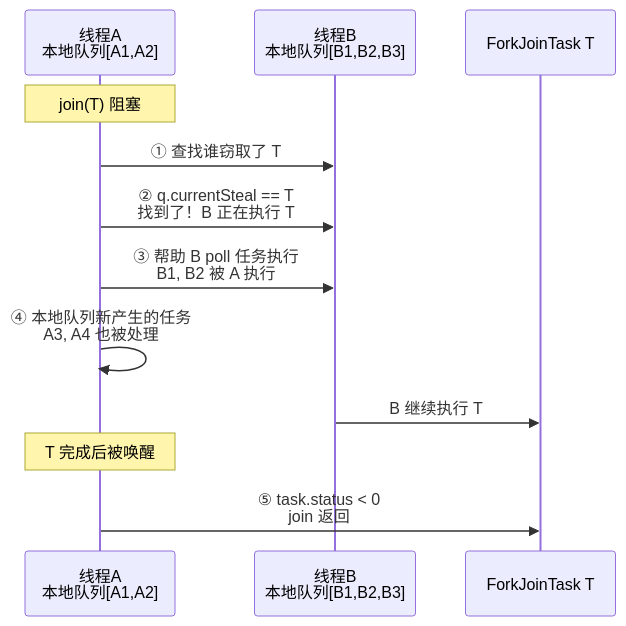
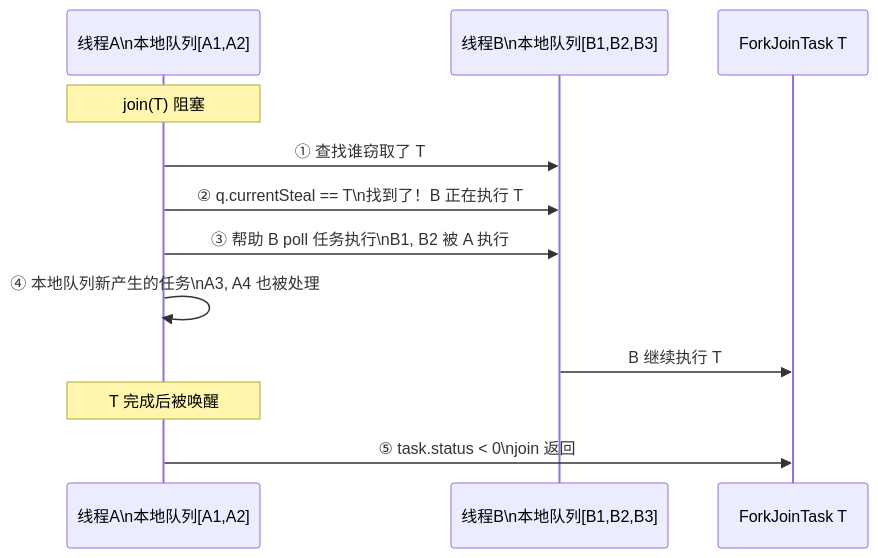
One commit to yaocat55/yaocat55.github.io changed the ninth of 11 diagrams in content/posts/concurrency/ForkJoinPool.md. Above: the diagram before and after it, drawn with Mermaid. The commit also changed other lines of this file and 155 other files, not shown here.

````diff
--- a/content/posts/concurrency/ForkJoinPool.md
+++ b/content/posts/concurrency/ForkJoinPool.md
@@ -740,15 +798,15 @@
 ```mermaid
 sequenceDiagram
-    participant A as 线程A<br/>本地队列[A1,A2]
-    participant B as 线程B<br/>本地队列[B1,B2,B3]
+    participant A as 线程A\n本地队列[A1,A2]
+    participant B as 线程B\n本地队列[B1,B2,B3]
     participant T as ForkJoinTask T
 
     Note over A: join(T) 阻塞
     A->>B: ① 查找谁窃取了 T
-    A->>B: ② q.currentSteal == T<br/>找到了！B 正在执行 T
-    A->>B: ③ 帮助 B poll 任务执行<br/>B1, B2 被 A 执行
-    A->>A: ④ 本地队列新产生的任务<br/>A3, A4 也被处理
+    A->>B: ② q.currentSteal == T\n找到了！B 正在执行 T
+    A->>B: ③ 帮助 B poll 任务执行\nB1, B2 被 A 执行
+    A->>A: ④ 本地队列新产生的任务\nA3, A4 也被处理
     B->>T: B 继续执行 T
     Note over A: T 完成后被唤醒
-    A->>T: ⑤ task.status < 0<br/>join 返回
+    A->>T: ⑤ task.status < 0\njoin 返回
 ```
````
